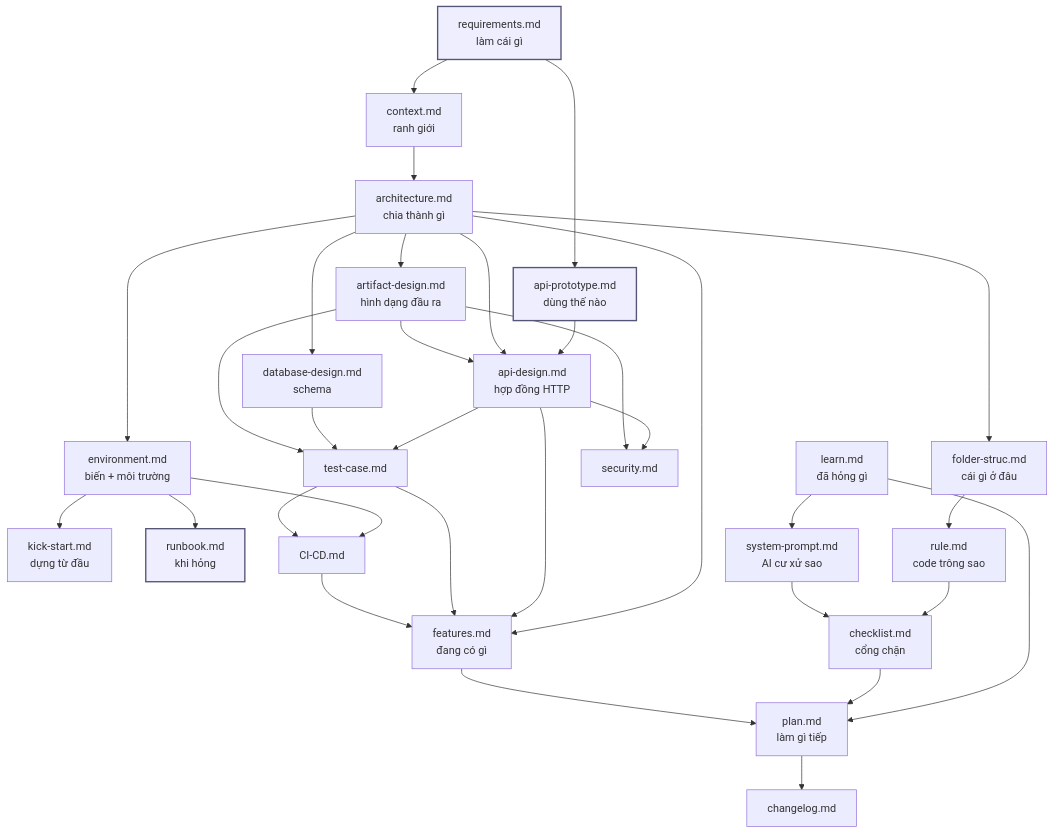
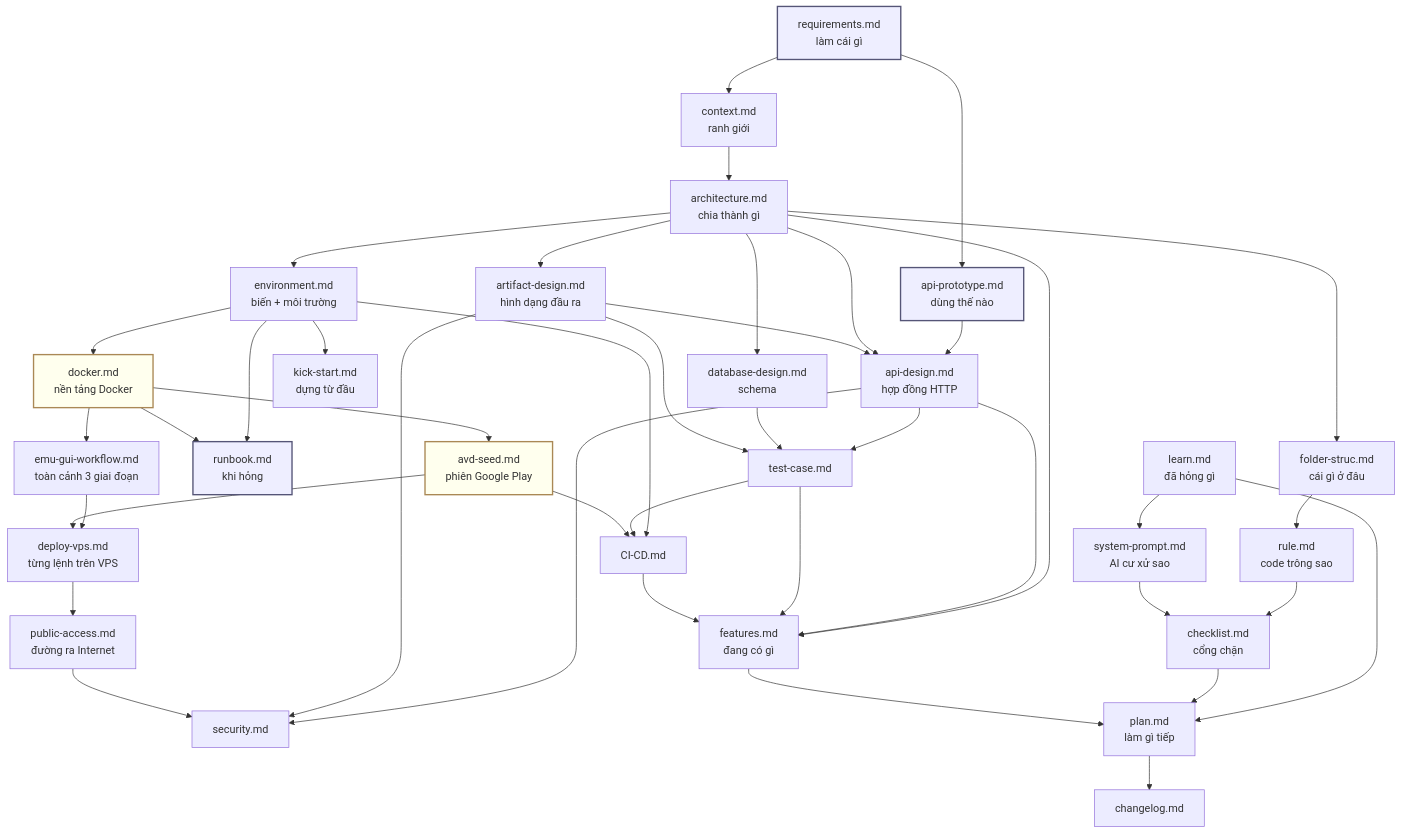
One commit to daclong120-del/app-relay changed the diagram in docs/README.md. Above: the diagram before and after it, drawn with Mermaid. The commit also changed other lines of this file and 8 other files, not shown here.

````diff
--- a/docs/README.md
+++ b/docs/README.md
@@ -88,47 +89,61 @@
 ```mermaid
 flowchart TD
     REQ["requirements.md<br/>làm cái gì"]
     CTX["context.md<br/>ranh giới"]
     PRO["api-prototype.md<br/>dùng thế nào"]
 
     ARC["architecture.md<br/>chia thành gì"]
     API["api-design.md<br/>hợp đồng HTTP"]
     DB["database-design.md<br/>schema"]
     ART["artifact-design.md<br/>hình dạng đầu ra"]
     FS["folder-struc.md<br/>cái gì ở đâu"]
 
     ENV["environment.md<br/>biến + môi trường"]
     KS["kick-start.md<br/>dựng từ đầu"]
     RB["runbook.md<br/>khi hỏng"]
 
     RULE["rule.md<br/>code trông sao"]
     SP["system-prompt.md<br/>AI cư xử sao"]
     CHK["checklist.md<br/>cổng chặn"]
 
     TC["test-case.md"]
     CI["CI-CD.md"]
     SEC["security.md"]
 
     FEAT["features.md<br/>đang có gì"]
     PLAN["plan.md<br/>làm gì tiếp"]
     LEARN["learn.md<br/>đã hỏng gì"]
     CL["changelog.md"]
 
+    DK["docker.md<br/>nền tảng Docker"]
+    WF["emu-gui-workflow.md<br/>toàn cảnh 3 giai đoạn"]
+    SEED["avd-seed.md<br/>phiên Google Play"]
+    DVP["deploy-vps.md<br/>từng lệnh trên VPS"]
+    PUB["public-access.md<br/>đường ra Internet"]
+
     REQ --> CTX --> ARC
     REQ --> PRO --> API
     ARC --> API & DB & ART & FS
     ART --> API
     ARC --> ENV --> KS & RB & CI
     FS --> RULE --> CHK
     SP --> CHK
     API & DB & ART --> TC --> CI
     API & ART --> SEC
     LEARN --> SP
     LEARN --> PLAN
     CHK --> PLAN
     ARC & API & TC & CI --> FEAT --> PLAN
     PLAN --> CL
 
+    ENV --> DK --> WF --> DVP --> PUB
+    DK --> SEED --> DVP
+    SEED --> CI
+    PUB --> SEC
+    DK --> RB
+
     classDef entry fill:#eef,stroke:#557,stroke-width:2px
+    classDef owner fill:#ffe,stroke:#a85,stroke-width:2px
     class REQ,PRO,RB entry
+    class DK,SEED owner
 ```
````
